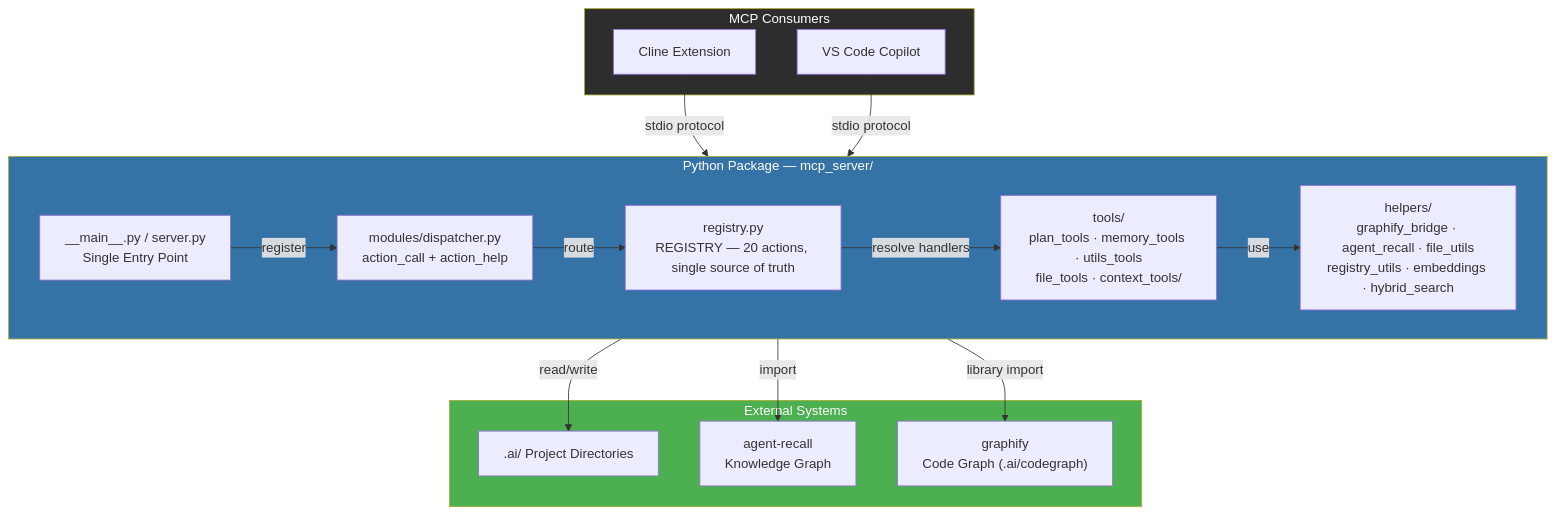
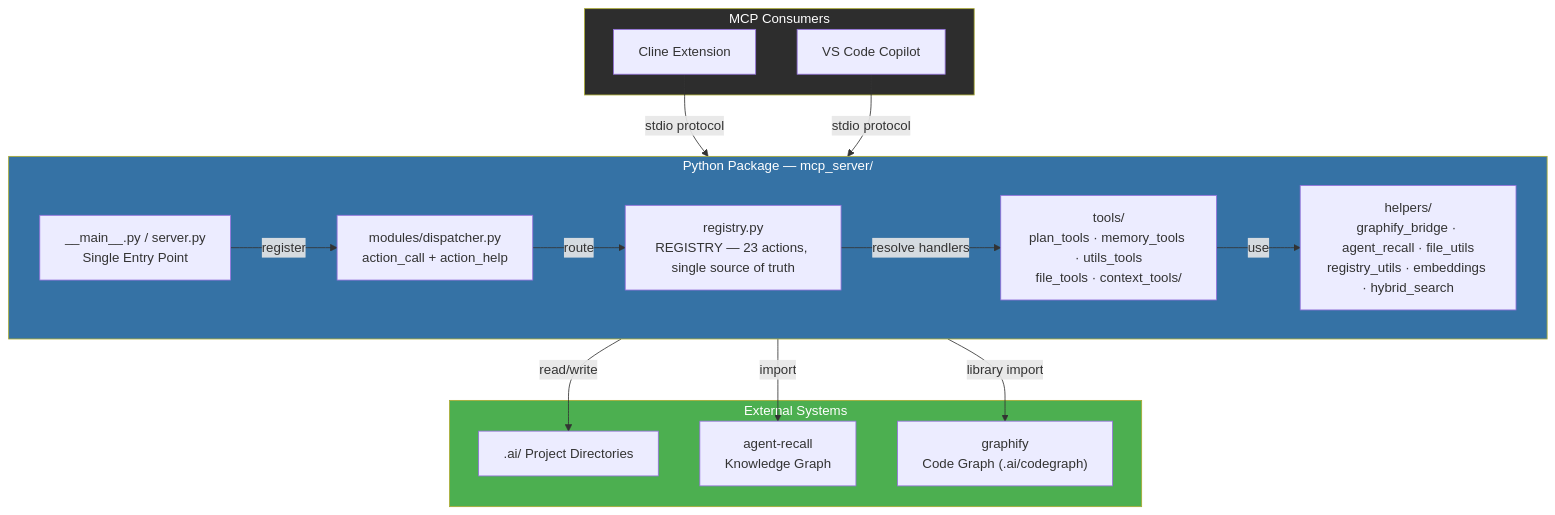
Before and after one commit to awsomplak/awlab-ai-assistant: the first of 2 diagrams in src/mcp_server/README.md, drawn with Mermaid. The commit also changed other lines of this file and 13 other files, not shown here.

Commit message:
[upd] Docs: split en/id, redesign README + banner, move REGISTRY_SCHEMA to docs/en

````diff
--- a/src/mcp_server/README.md
+++ b/src/mcp_server/README.md
@@ -15,35 +15,35 @@
 ```mermaid
 graph TB
   subgraph SERVER["Python Package — mcp_server/"]
     direction LR
     MAIN["__main__.py / server.py<br/>Single Entry Point"]
     DISP["modules/dispatcher.py<br/>action_call + action_help"]
-    REG["registry.py<br/>REGISTRY — 20 actions, single source of truth"]
+    REG["registry.py<br/>REGISTRY — 23 actions, single source of truth"]
     TOOLS["tools/<br/>plan_tools · memory_tools · utils_tools<br/>file_tools · context_tools/"]
     HELPERS["helpers/<br/>graphify_bridge · agent_recall · file_utils<br/>registry_utils · embeddings · hybrid_search"]
   end
 
   subgraph CLIENTS["MCP Consumers"]
     CL["Cline Extension"]
     CP["VS Code Copilot"]
   end
 
   subgraph EXTERNAL["External Systems"]
     FS[".ai/ Project Directories"]
     AG["agent-recall<br/>Knowledge Graph"]
     CG["graphify<br/>Code Graph (.ai/codegraph)"]
   end
 
   CL & CP -->|"stdio protocol"| MAIN
   MAIN -->|"register"| DISP
   DISP -->|"route"| REG
   REG -->|"resolve handlers"| TOOLS
   TOOLS -->|"use"| HELPERS
   HELPERS -->|"read/write"| FS
   HELPERS -->|"import"| AG
   HELPERS -->|"library import"| CG
 
   style SERVER fill:#3572A5,color:#fff
   style CLIENTS fill:#2d2d2d,color:#fff
   style EXTERNAL fill:#4caf50,color:#fff
 ```
````
